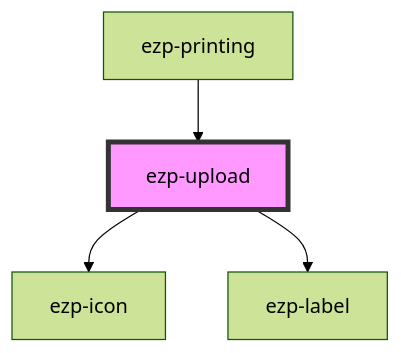
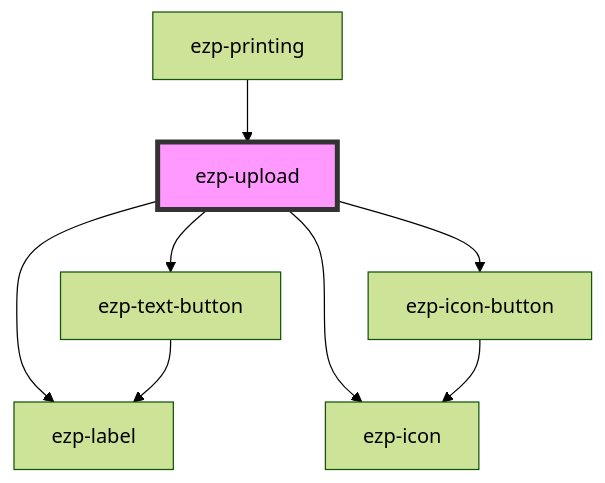
The diagram in src/components/ezp-upload/readme.md (ezeep/ezeep-js), drawn with Mermaid (forest theme) before and after one commit. The commit also changed other lines of this file and 33 other files, not shown here.

First line of the commit message:
feat(ui): redesign print flow (Print Now upload + Drucken options)

````diff
--- a/src/components/ezp-upload/readme.md
+++ b/src/components/ezp-upload/readme.md
@@ -24,7 +28,11 @@
 ```mermaid
 graph TD;
+  ezp-upload --> ezp-label
+  ezp-upload --> ezp-icon-button
   ezp-upload --> ezp-icon
-  ezp-upload --> ezp-label
+  ezp-upload --> ezp-text-button
+  ezp-icon-button --> ezp-icon
+  ezp-text-button --> ezp-label
   ezp-printing --> ezp-upload
   style ezp-upload fill:#f9f,stroke:#333,stroke-width:4px
 ```
````
